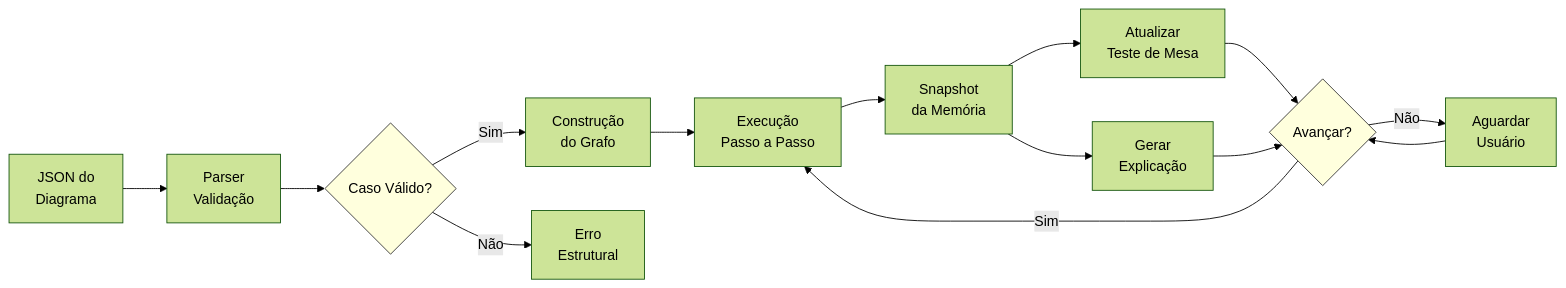
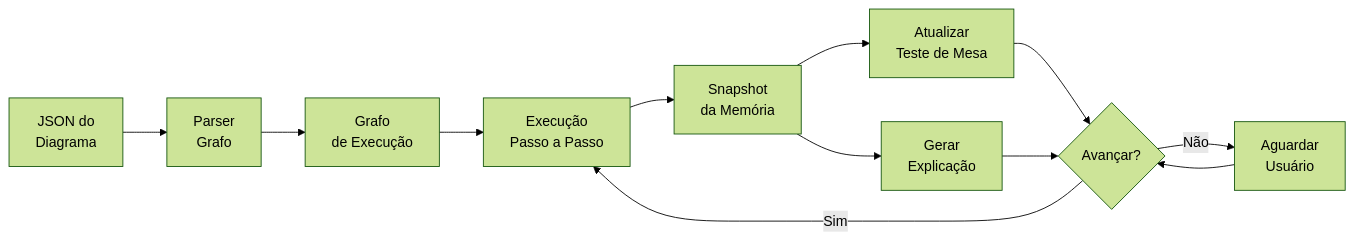
One commit to si-utfpr-gp/blade changed the seventh of 7 diagrams in docs/ssd.md. Above: the diagram before and after it, drawn with Mermaid (forest theme). The commit also changed other lines of this file and 1 other file, not shown here.

Commit message:
docs: move structural validation to builder module, fix mermaid diagrams for GitHub rendering

````diff
--- a/docs/ssd.md
+++ b/docs/ssd.md
@@ -571,19 +538,14 @@
 ```mermaid
-flowchart LR
-    A[JSON do<br/>Diagrama] --> B[Parser<br/>Validação]
-    B --> C{Caso Válido?}
-    C -->|Sim| D[Construção<br/>do Grafo]
-    C -->|Não| E[Erro<br/>Estrutural]
-    D --> F[Execução<br/>Passo a Passo]
-    F --> G[Snapshot<br/>da Memória]
-    G --> H[Atualizar<br/>Teste de Mesa]
-    G --> I[Gerar<br/>Explicação]
-    H --> J{Avançar?}
-    I --> J
-    J -->|Sim| F
-    J -->|Não| K[Aguardar<br/>Usuário]
-    K --> J
-
-    style C fill:#ffd,stroke:#333
-    style J fill:#ffd,stroke:#333
+graph LR
+    A[JSON do<br/>Diagrama] --> B[Parser<br/>Grafo]
+    B --> C[Grafo<br/>de Execução]
+    C --> D[Execução<br/>Passo a Passo]
+    D --> E[Snapshot<br/>da Memória]
+    E --> F[Atualizar<br/>Teste de Mesa]
+    E --> G[Gerar<br/>Explicação]
+    F --> H{Avançar?}
+    G --> H
+    H -->|Sim| D
+    H -->|Não| I[Aguardar<br/>Usuário]
+    I --> H
 ```
````
